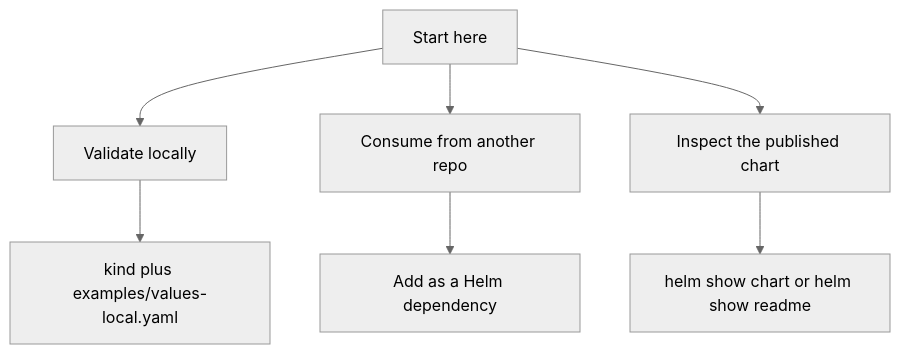
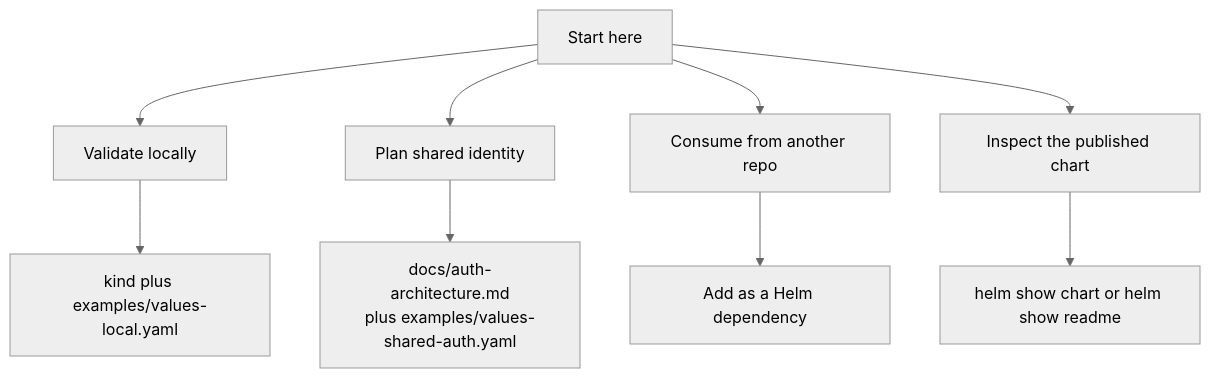
One commit to sanger-pathogens/dlh-in-a-box-umbrella-helm-chart changed the diagram in docs/quickstart.md. Above: the diagram before and after it, drawn with Mermaid (neutral theme). The commit also changed other lines of this file and 30 other files, not shown here.

First line of the commit message:
feat: add shared identity integration and finalize handover polish

````diff
--- a/docs/quickstart.md
+++ b/docs/quickstart.md
@@ -8,11 +8,13 @@
 ```mermaid
 flowchart TD
   Start[Start here]
   Start --> Local[Validate locally]
+  Start --> SharedIdentity[Plan shared identity]
   Start --> Consume[Consume from another repo]
   Start --> Inspect[Inspect the published chart]
 
   Local --> Kind[kind plus examples/values-local.yaml]
+  SharedIdentity --> AuthGuide[docs/auth-architecture.md<br/>plus examples/values-shared-auth.yaml]
   Consume --> Dependency[Add as a Helm dependency]
   Inspect --> Show[helm show chart or helm show readme]
 ```
````
